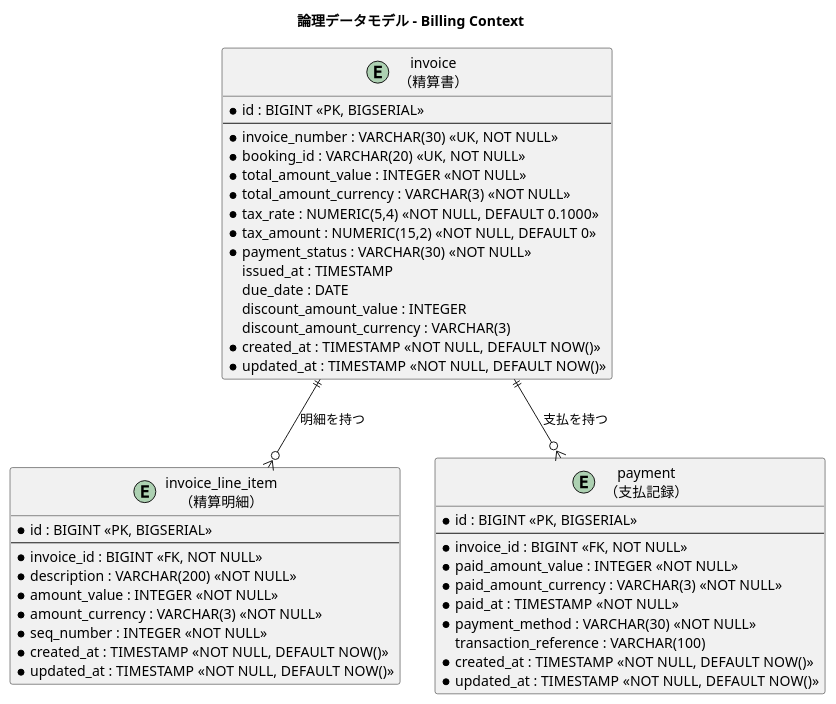
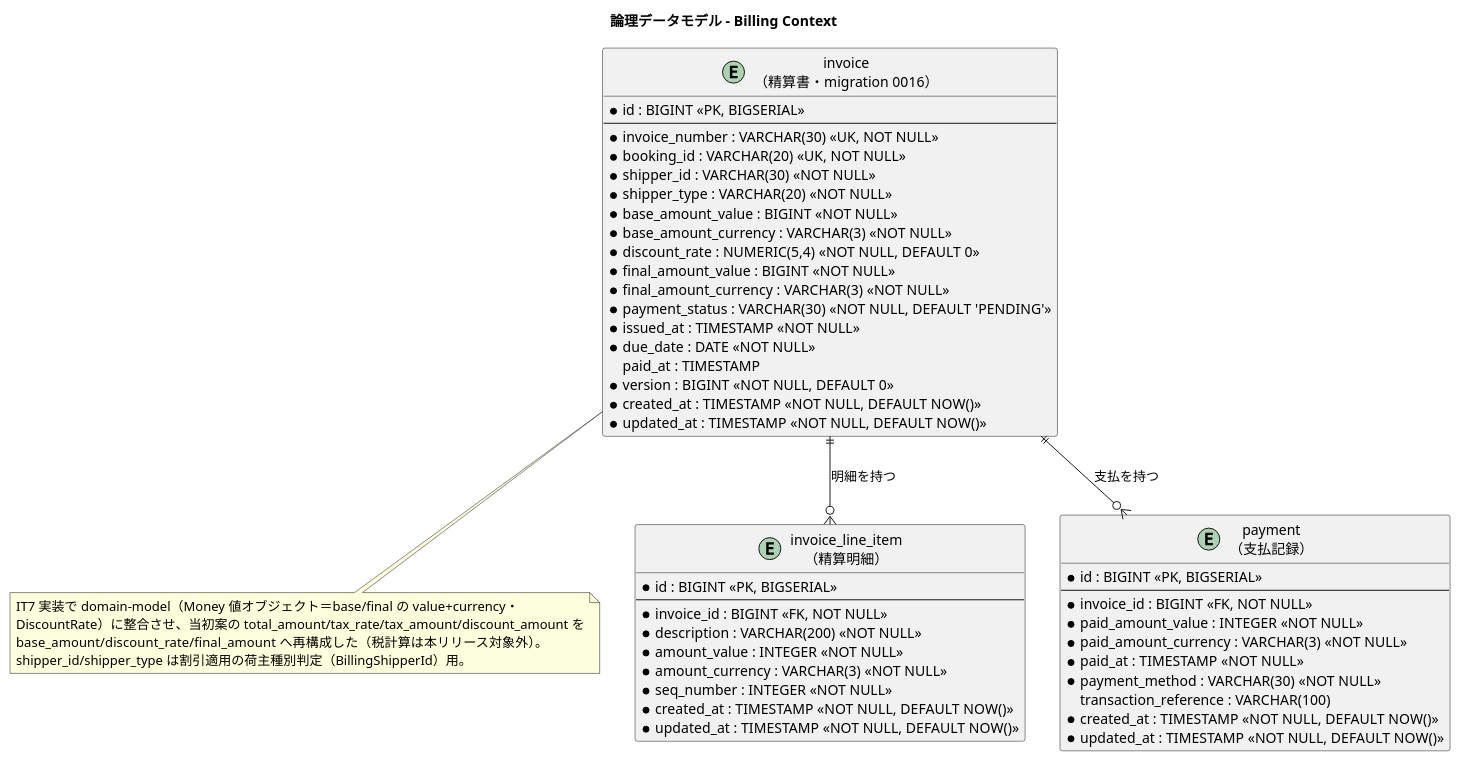
Before and after one commit to k2works/case-study-cargo-tracker: the seventh of 9 diagrams in docs/design/data-model.md, drawn with PlantUML. The commit also changed 2 other files, not shown here.

Commit message:
docs(design): IT7 Billing 実装を設計ドキュメントに反映（タスク 0.1・#17）
data-model: invoice テーブルを実装（Money base/final の value+currency・
discount_rate・shipper_id/type・version・0016）へ再構成（当初の total_amount/
tax を整理）。domain-model: FreightCalculator ドメインサービス・InvoiceRequested
ではなく GenerateInvoiceCommand 手動発行・PaymentConfirmedEvent→MarkSettled 同期・
BillingSnapshotProvider ACL を IT7 実装補足として明記。ui_design: 入金確認を
実装エンドポイント（/payment）・精算明細・invoice_number 識別に整合。
用語統一（精算書＝#17）。

````diff
--- a/docs/design/data-model.md
+++ b/docs/design/data-model.md
@@ -540,52 +540,62 @@
 ```plantuml
 @startuml
 title 論理データモデル - Billing Context
 
-entity "invoice\n（精算書）" as invoice {
+entity "invoice\n（精算書・migration 0016）" as invoice {
   * id : BIGINT <<PK, BIGSERIAL>>
   --
   * invoice_number : VARCHAR(30) <<UK, NOT NULL>>
   * booking_id : VARCHAR(20) <<UK, NOT NULL>>
-  * total_amount_value : INTEGER <<NOT NULL>>
-  * total_amount_currency : VARCHAR(3) <<NOT NULL>>
-  * tax_rate : NUMERIC(5,4) <<NOT NULL, DEFAULT 0.1000>>
-  * tax_amount : NUMERIC(15,2) <<NOT NULL, DEFAULT 0>>
-  * payment_status : VARCHAR(30) <<NOT NULL>>
-  issued_at : TIMESTAMP
-  due_date : DATE
-  discount_amount_value : INTEGER
-  discount_amount_currency : VARCHAR(3)
+  * shipper_id : VARCHAR(30) <<NOT NULL>>
+  * shipper_type : VARCHAR(20) <<NOT NULL>>
+  * base_amount_value : BIGINT <<NOT NULL>>
+  * base_amount_currency : VARCHAR(3) <<NOT NULL>>
+  * discount_rate : NUMERIC(5,4) <<NOT NULL, DEFAULT 0>>
+  * final_amount_value : BIGINT <<NOT NULL>>
+  * final_amount_currency : VARCHAR(3) <<NOT NULL>>
+  * payment_status : VARCHAR(30) <<NOT NULL, DEFAULT 'PENDING'>>
+  * issued_at : TIMESTAMP <<NOT NULL>>
+  * due_date : DATE <<NOT NULL>>
+  paid_at : TIMESTAMP
+  * version : BIGINT <<NOT NULL, DEFAULT 0>>
   * created_at : TIMESTAMP <<NOT NULL, DEFAULT NOW()>>
   * updated_at : TIMESTAMP <<NOT NULL, DEFAULT NOW()>>
 }
+
+note bottom of invoice
+  IT7 実装で domain-model（Money 値オブジェクト＝base/final の value+currency・
+  DiscountRate）に整合させ、当初案の total_amount/tax_rate/tax_amount/discount_amount を
+  base_amount/discount_rate/final_amount へ再構成した（税計算は本リリース対象外）。
+  shipper_id/shipper_type は割引適用の荷主種別判定（BillingShipperId）用。
+end note
 
 entity "invoice_line_item\n（精算明細）" as invoice_line_item {
   * id : BIGINT <<PK, BIGSERIAL>>
   --
   * invoice_id : BIGINT <<FK, NOT NULL>>
   * description : VARCHAR(200) <<NOT NULL>>
   * amount_value : INTEGER <<NOT NULL>>
   * amount_currency : VARCHAR(3) <<NOT NULL>>
   * seq_number : INTEGER <<NOT NULL>>
   * created_at : TIMESTAMP <<NOT NULL, DEFAULT NOW()>>
   * updated_at : TIMESTAMP <<NOT NULL, DEFAULT NOW()>>
 }
 
 entity "payment\n（支払記録）" as payment {
   * id : BIGINT <<PK, BIGSERIAL>>
   --
   * invoice_id : BIGINT <<FK, NOT NULL>>
   * paid_amount_value : INTEGER <<NOT NULL>>
   * paid_amount_currency : VARCHAR(3) <<NOT NULL>>
   * paid_at : TIMESTAMP <<NOT NULL>>
   * payment_method : VARCHAR(30) <<NOT NULL>>
   transaction_reference : VARCHAR(100)
   * created_at : TIMESTAMP <<NOT NULL, DEFAULT NOW()>>
   * updated_at : TIMESTAMP <<NOT NULL, DEFAULT NOW()>>
 }
 
 invoice ||--o{ invoice_line_item : "明細を持つ"
 invoice ||--o{ payment : "支払を持つ"
 
 @enduml
 ```
````
